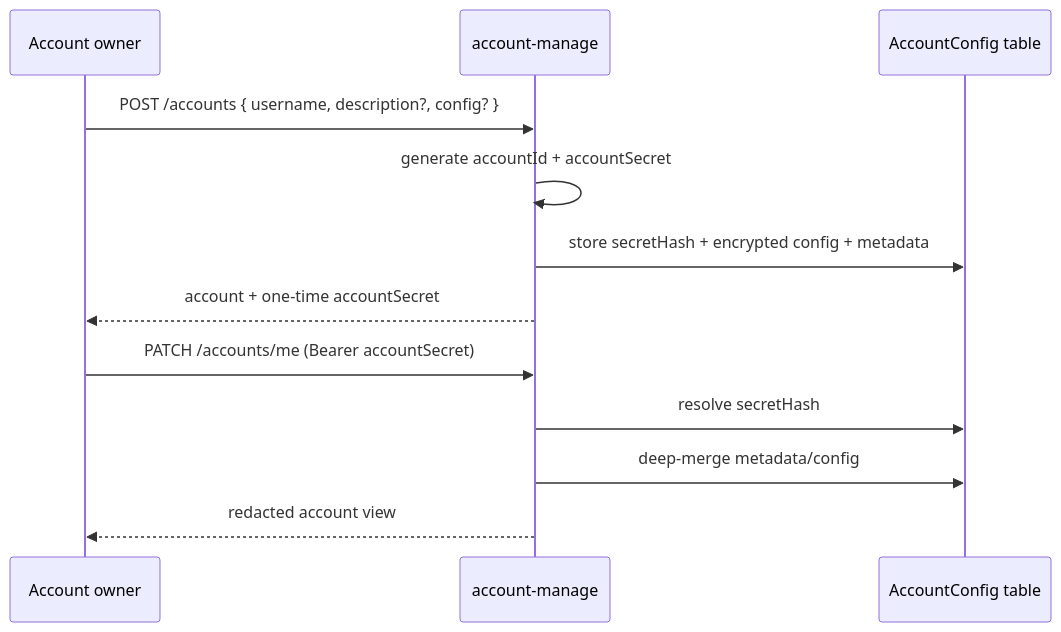
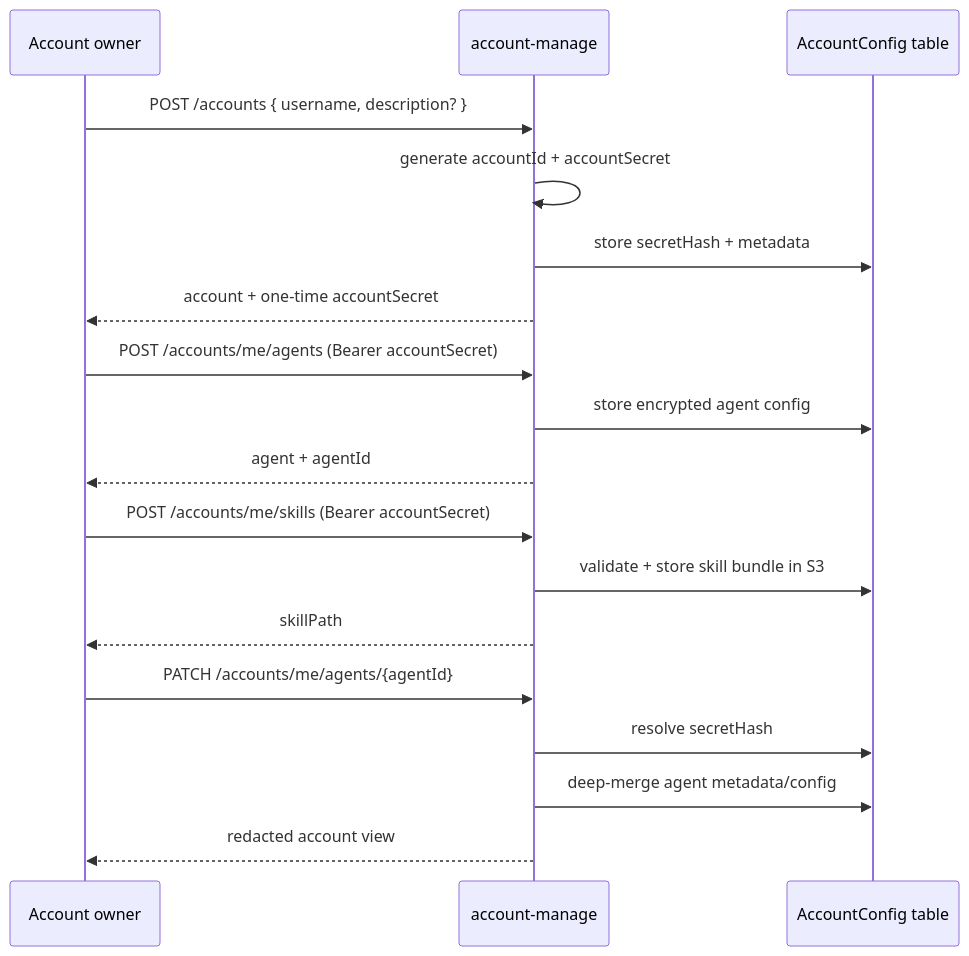
The fourth of 7 diagrams in docs/architecture.md (beeblastco/broods), drawn with Mermaid before and after one commit. The commit also changed other lines of this file and 36 other files, not shown here.

First line of the commit message:
feat: add account-scoped agents and skills

````diff
--- a/docs/architecture.md
+++ b/docs/architecture.md
@@ -78,16 +83,24 @@
 ```mermaid
 sequenceDiagram
   participant U as Account owner
   participant M as account-manage
   participant A as AccountConfig table
 
-  U->>M: POST /accounts { username, description?, config? }
+  U->>M: POST /accounts { username, description? }
   M->>M: generate accountId + accountSecret
-  M->>A: store secretHash + encrypted config + metadata
+  M->>A: store secretHash + metadata
   M-->>U: account + one-time accountSecret
 
-  U->>M: PATCH /accounts/me (Bearer accountSecret)
+  U->>M: POST /accounts/me/agents (Bearer accountSecret)
+  M->>A: store encrypted agent config
+  M-->>U: agent + agentId
+
+  U->>M: POST /accounts/me/skills (Bearer accountSecret)
+  M->>A: validate + store skill bundle in S3
+  M-->>U: skillPath
+
+  U->>M: PATCH /accounts/me/agents/{agentId}
   M->>A: resolve secretHash
-  M->>A: deep-merge metadata/config
+  M->>A: deep-merge agent metadata/config
   M-->>U: redacted account view
 ```
````
